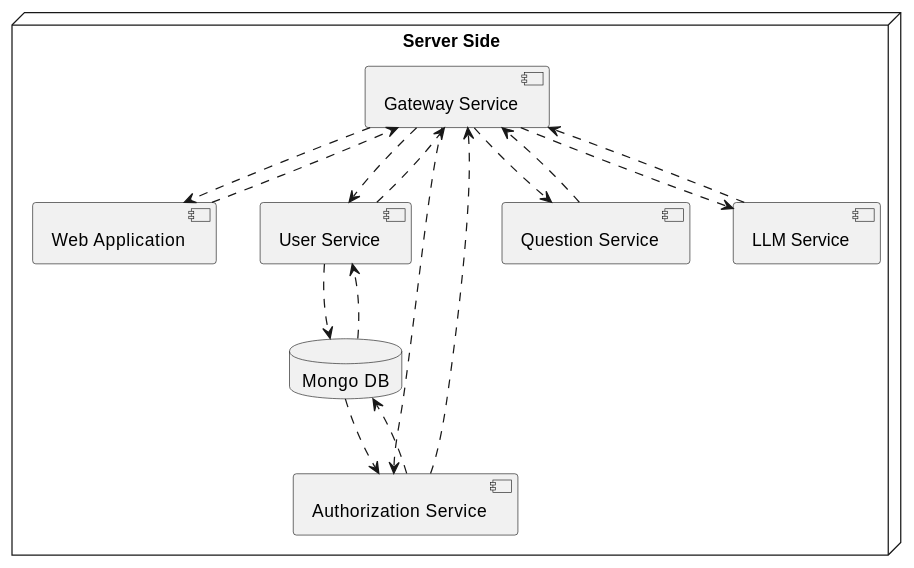
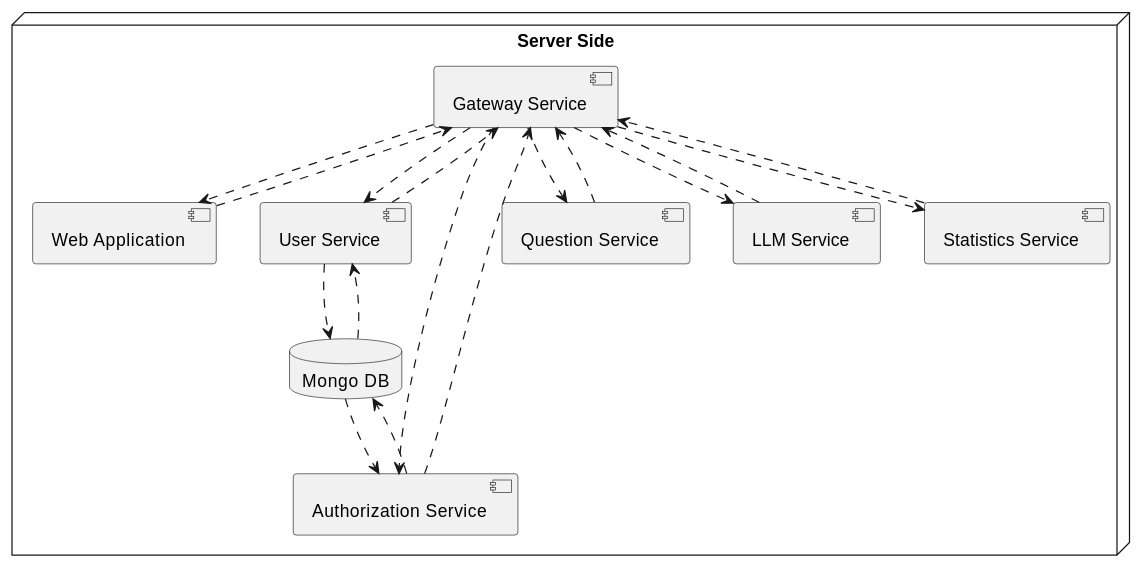
The second of 2 diagrams in docs/src/07_deployment_view.adoc (Arquisoft/wichat_en1b), drawn with PlantUML before and after one commit. The commit also changed other lines of this file, not shown here.

Commit message:
fix deployment view diagrams

```diff
--- a/docs/src/07_deployment_view.adoc
+++ b/docs/src/07_deployment_view.adoc
@@ -119,37 +109,41 @@
 [plantuml,"Deployment view L2",png]
 ----
 node "Server Side"{
   component GS as "Gateway Service"
   component WA as "Web Application"
   component US as "User Service"
   component AS as "Authorization Service"
   component QS as "Question Service"
   component LLMS as "LLM Service"
+  component SS as "Statistics Service"
   database MDB as "Mongo DB"
 }
 
 
 
 
 GS-[dashed]->WA
 WA-[dashed]->GS
 
 GS-[dashed]->AS
 AS-[dashed]->GS
 
 GS-[dashed]->US
 US-[dashed]->GS
 
 GS-[dashed]->QS
 QS-[dashed]->GS
 
+GS-[dashed]->SS
+SS-[dashed]->GS
+
 AS-[dashed]->MDB
 MDB-[dashed]->AS
 
 US-[dashed]->MDB
 MDB-[dashed]->US
 
 GS-[dashed]->LLMS
 LLMS-[dashed]->GS
 
 ----
```
